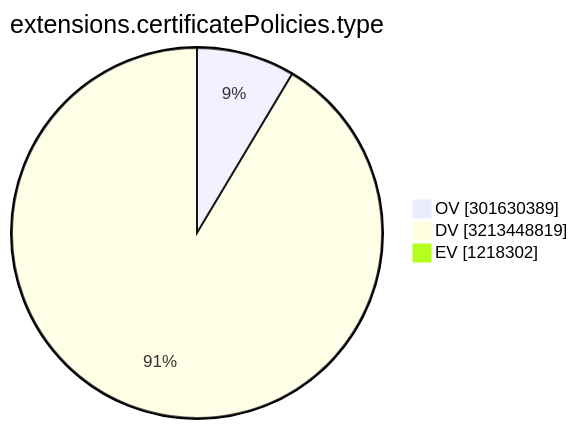
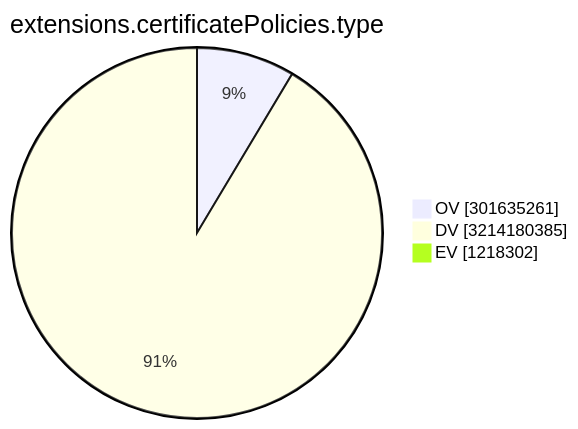
One commit to christiankrug/ctmonitor_visualization changed the ninth of 15 diagrams in TOTAL/README.md. Above: the diagram before and after it, drawn with Mermaid. The commit also changed other lines of this file, not shown here.

````diff
--- a/TOTAL/README.md
+++ b/TOTAL/README.md
@@ -3106,7 +3106,7 @@
 ```mermaid
 pie showData
 title extensions.certificatePolicies.type
-"OV" :301630389
-"DV" :3213448819
+"OV" :301635261
+"DV" :3214180385
 "EV" :1218302
 ```
````
